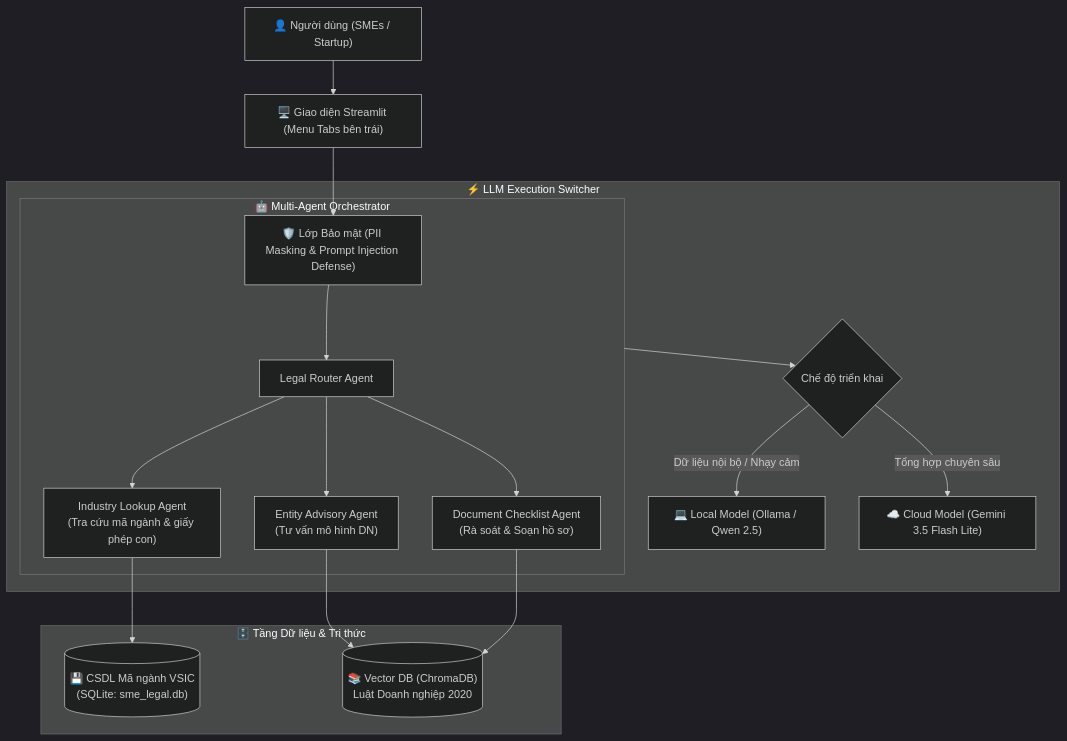
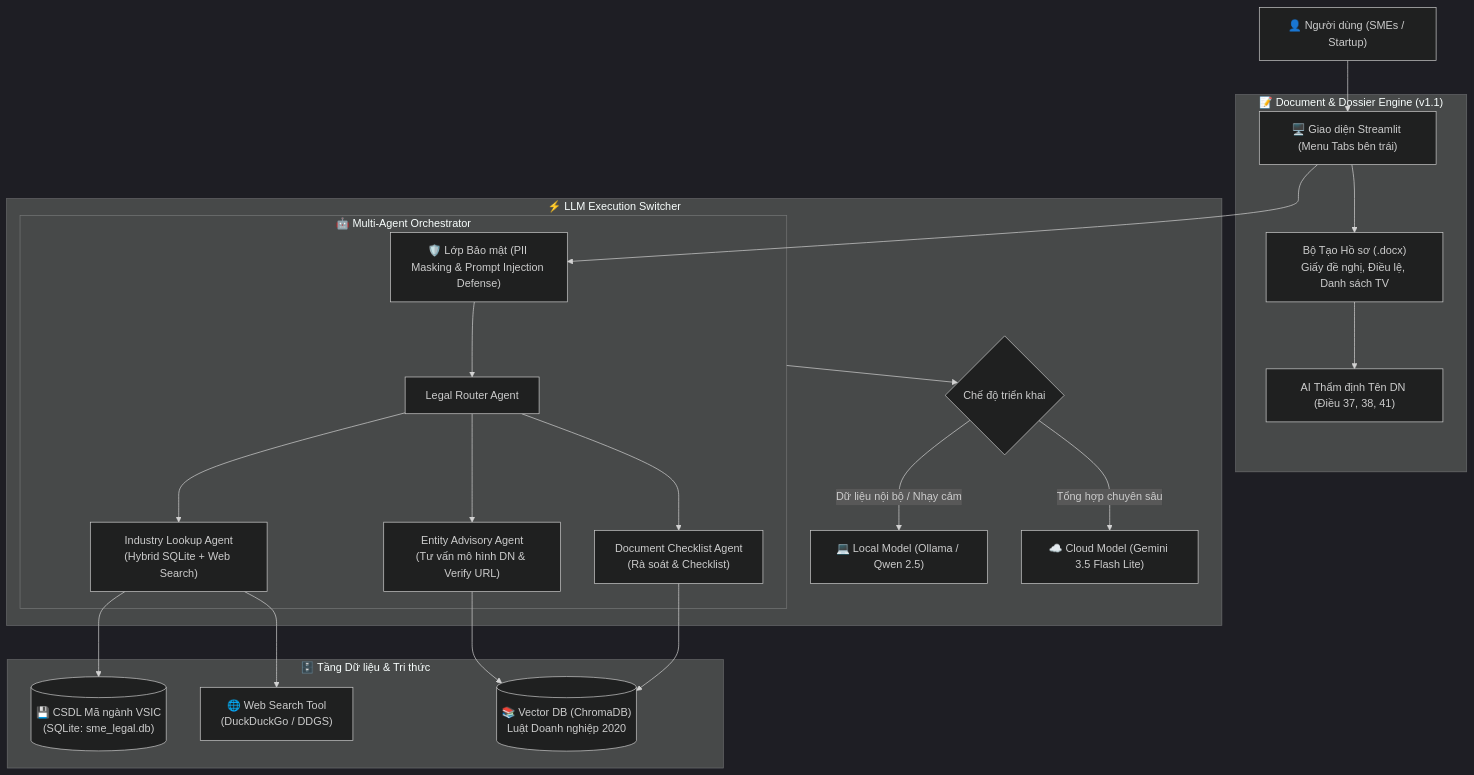
The diagram in README.md (snowflake-vibing/LLM_Nhut), drawn with Mermaid (dark theme) before and after one commit. The commit also changed other lines of this file and 13 other files, not shown here.

Commit message:
feat: complete Version 1.1 release with dossier generator, verify URLs, hybrid search, and PII flow diagram

````diff
--- a/README.md
+++ b/README.md
@@ -56,24 +74,30 @@
 ```mermaid
 flowchart TD
     User["👤 Người dùng (SMEs / Startup)"] --> UI["🖥️ Giao diện Streamlit (Menu Tabs bên trái)"]
     UI --> Guardrails["🛡️ Lớp Bảo mật (PII Masking & Prompt Injection Defense)"]
     
     subgraph MultiAgentEngine ["🤖 Multi-Agent Orchestrator"]
         Guardrails --> RouterAgent["Legal Router Agent"]
-        RouterAgent --> AdvisoryAgent["Entity Advisory Agent\n(Tư vấn mô hình DN)"]
-        RouterAgent --> IndustryAgent["Industry Lookup Agent\n(Tra cứu mã ngành & giấy phép con)"]
-        RouterAgent --> ReviewerAgent["Document Checklist Agent\n(Rà soát & Soạn hồ sơ)"]
+        RouterAgent --> AdvisoryAgent["Entity Advisory Agent\n(Tư vấn mô hình DN & Verify URL)"]
+        RouterAgent --> IndustryAgent["Industry Lookup Agent\n(Hybrid SQLite + Web Search)"]
+        RouterAgent --> ReviewerAgent["Document Checklist Agent\n(Rà soát & Checklist)"]
+    end
+
+    subgraph DossierEngine ["📝 Document & Dossier Engine (v1.1)"]
+        UI --> DossierGen["Bộ Tạo Hồ sơ (.docx)\nGiấy đề nghị, Điều lệ, Danh sách TV"]
+        DossierGen --> LegalValidator["AI Thẩm định Tên DN (Điều 37, 38, 41)"]
     end
 
     subgraph DataLayer ["🗄️ Tầng Dữ liệu & Tri thức"]
         IndustryAgent --> SQLDB[("💾 CSDL Mã ngành VSIC\n(SQLite: sme_legal.db)")]
+        IndustryAgent --> WebSearch["🌐 Web Search Tool\n(DuckDuckGo / DDGS)"]
         AdvisoryAgent --> VectorDB[("📚 Vector DB (ChromaDB)\nLuật Doanh nghiệp 2020")]
         ReviewerAgent --> VectorDB
     end
 
     subgraph LLMExecutionEngine ["⚡ LLM Execution Switcher"]
         MultiAgentEngine --> Switcher{"Chế độ triển khai"}
         Switcher -->|"Dữ liệu nội bộ / Nhạy cảm"| LocalLLM["💻 Local Model (Ollama / Qwen 2.5)"]
         Switcher -->|"Tổng hợp chuyên sâu"| CloudLLM["☁️ Cloud Model (Gemini 3.5 Flash Lite)"]
     end
 ```
````
